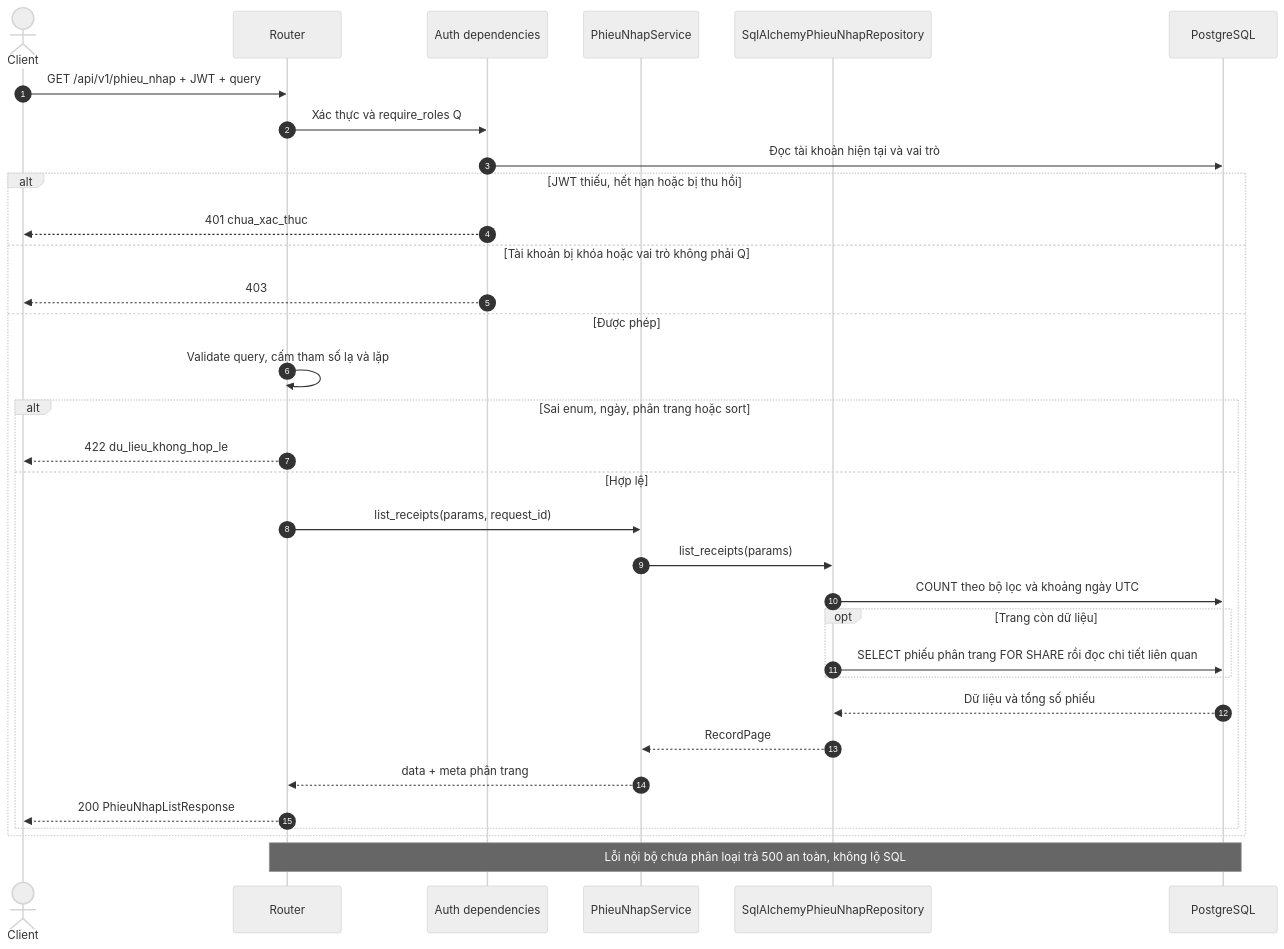
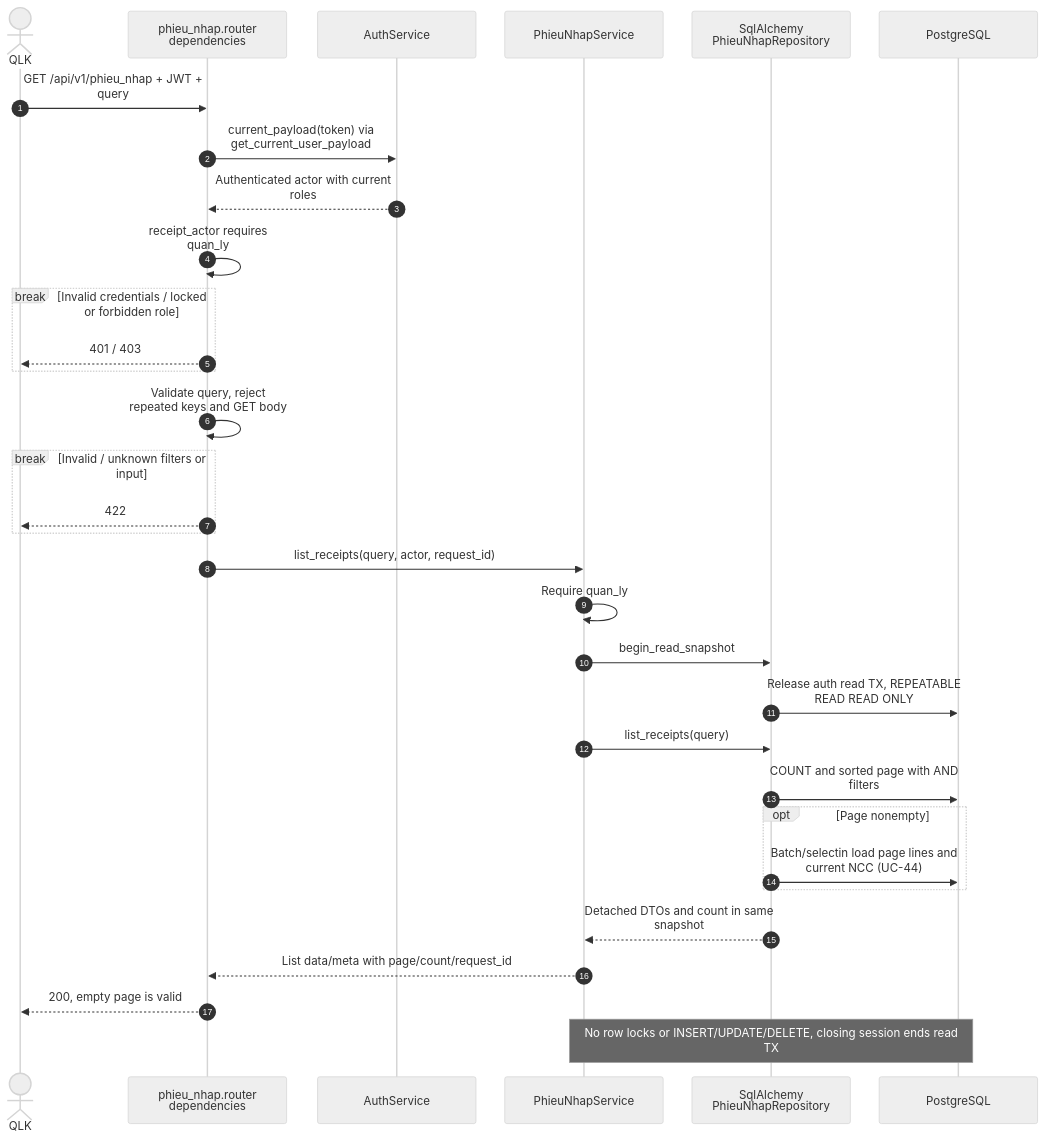
The first of 6 diagrams in docs/sequence/phieu_nhap.md (thanhklt/xbike-mrp-system), drawn with Mermaid (neutral theme) before and after one commit. The commit also changed other lines of this file and 230 other files, not shown here.

````diff
--- a/docs/sequence/phieu_nhap.md
+++ b/docs/sequence/phieu_nhap.md
@@ -52,35 +44,35 @@
 ```mermaid
+%%{init: {"sequence": {"width": 220, "wrap": true, "actorMargin": 40}}}%%
 sequenceDiagram
     autonumber
-    actor C as Client
-    participant R as Router
-    participant D as Auth dependencies
+    actor C as QLK
+    participant R as phieu_nhap.router<br/>dependencies
+    participant A as AuthService
     participant S as PhieuNhapService
-    participant P as SqlAlchemyPhieuNhapRepository
+    participant P as SqlAlchemy<br/>PhieuNhapRepository
     participant DB as PostgreSQL
     C->>R: GET /api/v1/phieu_nhap + JWT + query
-    R->>D: Xác thực và require_roles Q
-    D->>DB: Đọc tài khoản hiện tại và vai trò
-    alt JWT thiếu, hết hạn hoặc bị thu hồi
-        D-->>C: 401 chua_xac_thuc
-    else Tài khoản bị khóa hoặc vai trò không phải Q
-        D-->>C: 403
-    else Được phép
-        R->>R: Validate query, cấm tham số lạ và lặp
-        alt Sai enum, ngày, phân trang hoặc sort
-            R-->>C: 422 du_lieu_khong_hop_le
-        else Hợp lệ
-            R->>S: list_receipts(params, request_id)
-            S->>P: list_receipts(params)
-            P->>DB: COUNT theo bộ lọc và khoảng ngày UTC
-            opt Trang còn dữ liệu
-                P->>DB: SELECT phiếu phân trang FOR SHARE rồi đọc chi tiết liên quan
-            end
-            DB-->>P: Dữ liệu và tổng số phiếu
-            P-->>S: RecordPage
-            S-->>R: data + meta phân trang
-            R-->>C: 200 PhieuNhapListResponse
-        end
+    R->>A: current_payload(token) via get_current_user_payload
+    A-->>R: Authenticated actor with current roles
+    R->>R: receipt_actor requires quan_ly
+    break Invalid credentials / locked or forbidden role
+        R-->>C: 401 / 403
     end
-    Note over R,DB: Lỗi nội bộ chưa phân loại trả 500 an toàn, không lộ SQL
+    R->>R: Validate query, reject repeated keys and GET body
+    break Invalid / unknown filters or input
+        R-->>C: 422
+    end
+    R->>S: list_receipts(query, actor, request_id)
+    S->>S: Require quan_ly
+    S->>P: begin_read_snapshot
+    P->>DB: Release auth read TX, REPEATABLE READ READ ONLY
+    S->>P: list_receipts(query)
+    P->>DB: COUNT and sorted page with AND filters
+    opt Page nonempty
+        P->>DB: Batch/selectin load page lines and current NCC (UC-44)
+    end
+    P-->>S: Detached DTOs and count in same snapshot
+    S-->>R: List data/meta with page/count/request_id
+    R-->>C: 200, empty page is valid
+    Note over S,DB: No row locks or INSERT/UPDATE/DELETE, closing session ends read TX
 ```
````
